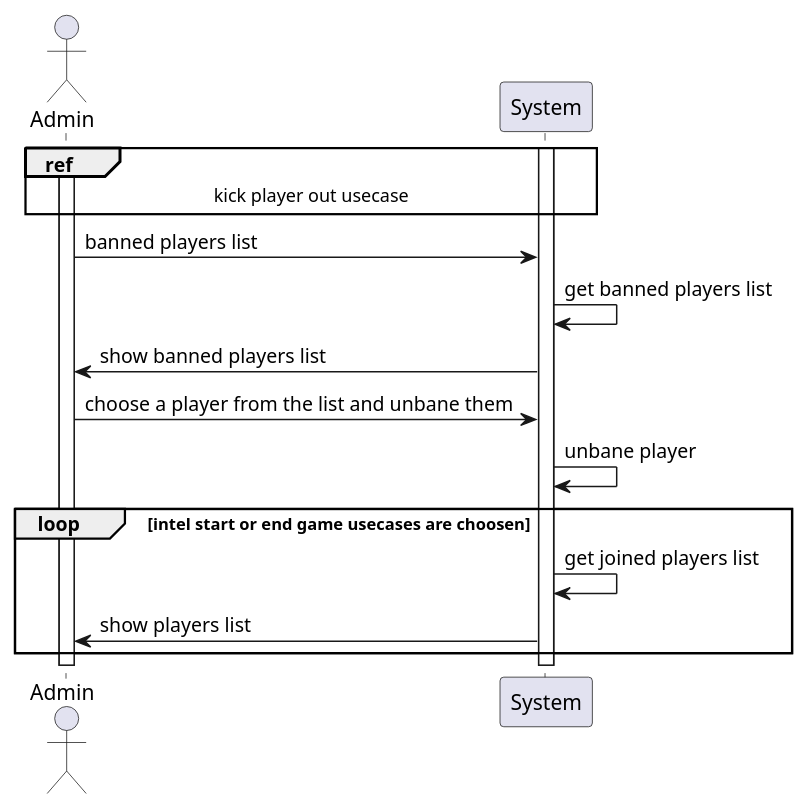
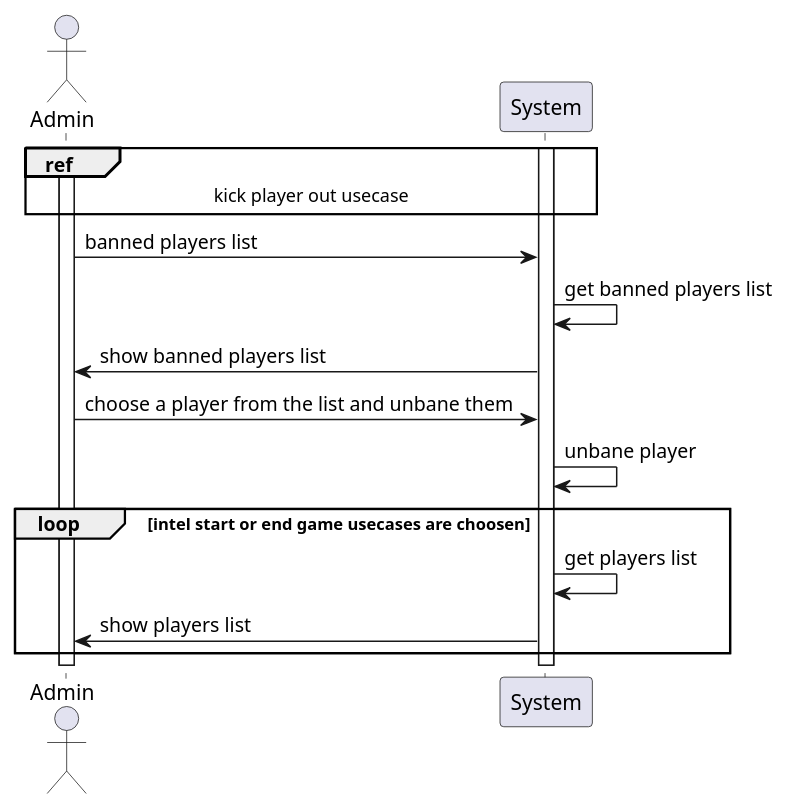
One commit to monoploy-game/design changed the diagram in SDs/admin/unbane_player.wsd. Above: the diagram before and after it, drawn with PlantUML. The commit also changed 1 other file, not shown here.

Commit message:
updated unbane player sd and dSD, to sync with class diagram

```diff
--- a/SDs/admin/unbane_player.wsd
+++ b/SDs/admin/unbane_player.wsd
@@ -1,24 +1,24 @@
 @startuml
 
 actor Admin
 
 Activate Admin
 Activate System
 
 ref over Admin, System : kick player out usecase
 
 Admin -> System : banned players list
 System -> System : get banned players list
 System -> Admin : show banned players list
 
 Admin ->  System : choose a player from the list and unbane them
 System -> System : unbane player
 
 loop intel start or end game usecases are choosen
-    System -> System : get joined players list
+    System -> System : get players list
     System -> Admin : show players list
 end
 
 
 
 @enduml
```
